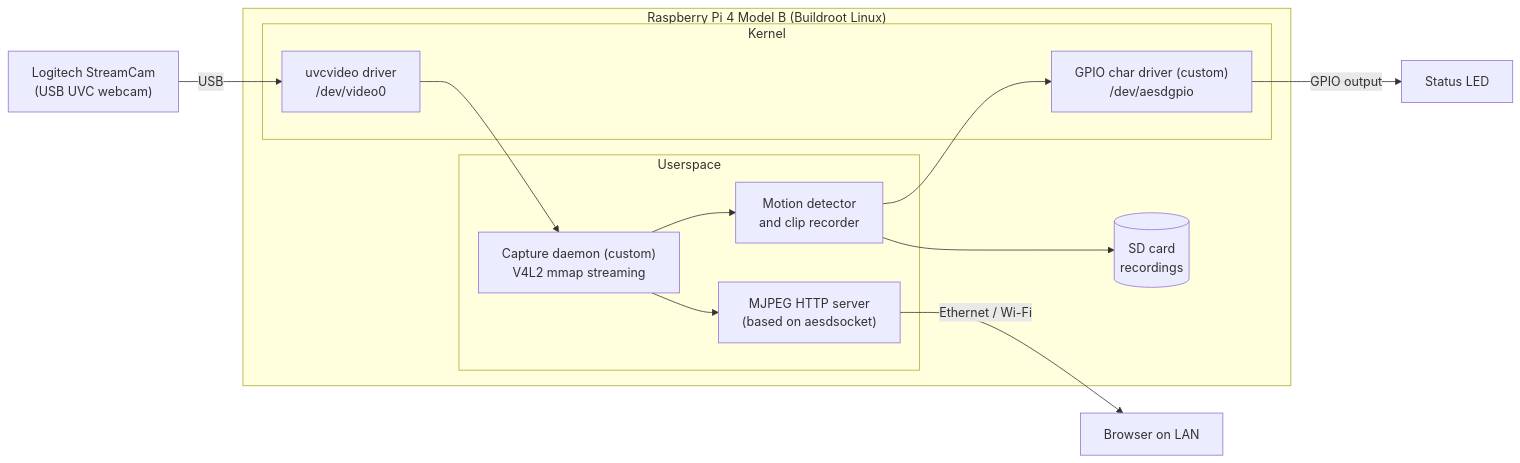
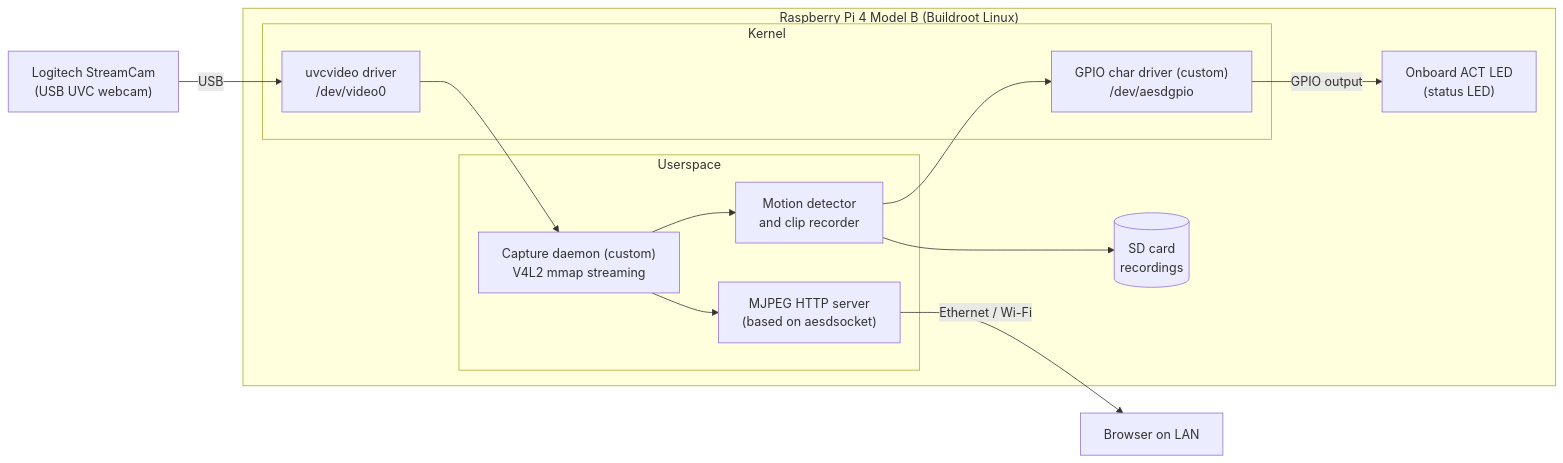
Before and after one commit to seto2103/aeld-final-project: the diagram in wiki/Project-Overview.md, drawn with Mermaid. The commit also changed other lines of this file and 11 other files, not shown here.

````diff
--- a/wiki/Project-Overview.md
+++ b/wiki/Project-Overview.md
@@ -30,24 +30,25 @@
 ```mermaid
 flowchart LR
     CAM["Logitech StreamCam<br/>(USB UVC webcam)"] -- USB --> UVC
-    DRV -- GPIO output --> LED["Status LED"]
 
     subgraph PI["Raspberry Pi 4 Model B (Buildroot Linux)"]
+        LED["Onboard ACT LED<br/>(status LED)"]
         subgraph KERNEL["Kernel"]
             UVC["uvcvideo driver<br/>/dev/video0"]
             DRV["GPIO char driver (custom)<br/>/dev/aesdgpio"]
         end
         subgraph USER["Userspace"]
             CAP["Capture daemon (custom)<br/>V4L2 mmap streaming"]
             HTTP["MJPEG HTTP server<br/>(based on aesdsocket)"]
             MOT["Motion detector<br/>and clip recorder"]
         end
         UVC --> CAP
         CAP --> HTTP
         CAP --> MOT
         MOT --> DRV
+        DRV -- GPIO output --> LED
         MOT --> SD[("SD card<br/>recordings")]
     end
 
     HTTP -- "Ethernet / Wi-Fi" --> BROWSER["Browser on LAN"]
 ```
````
